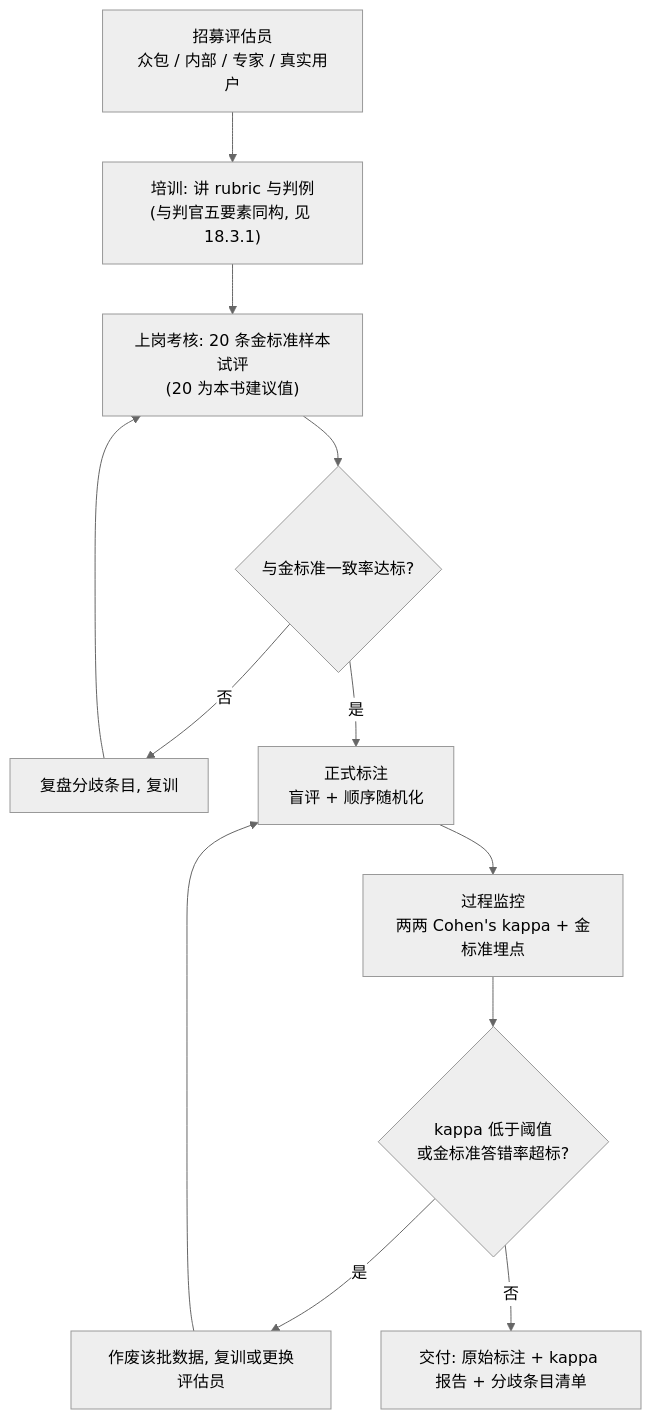
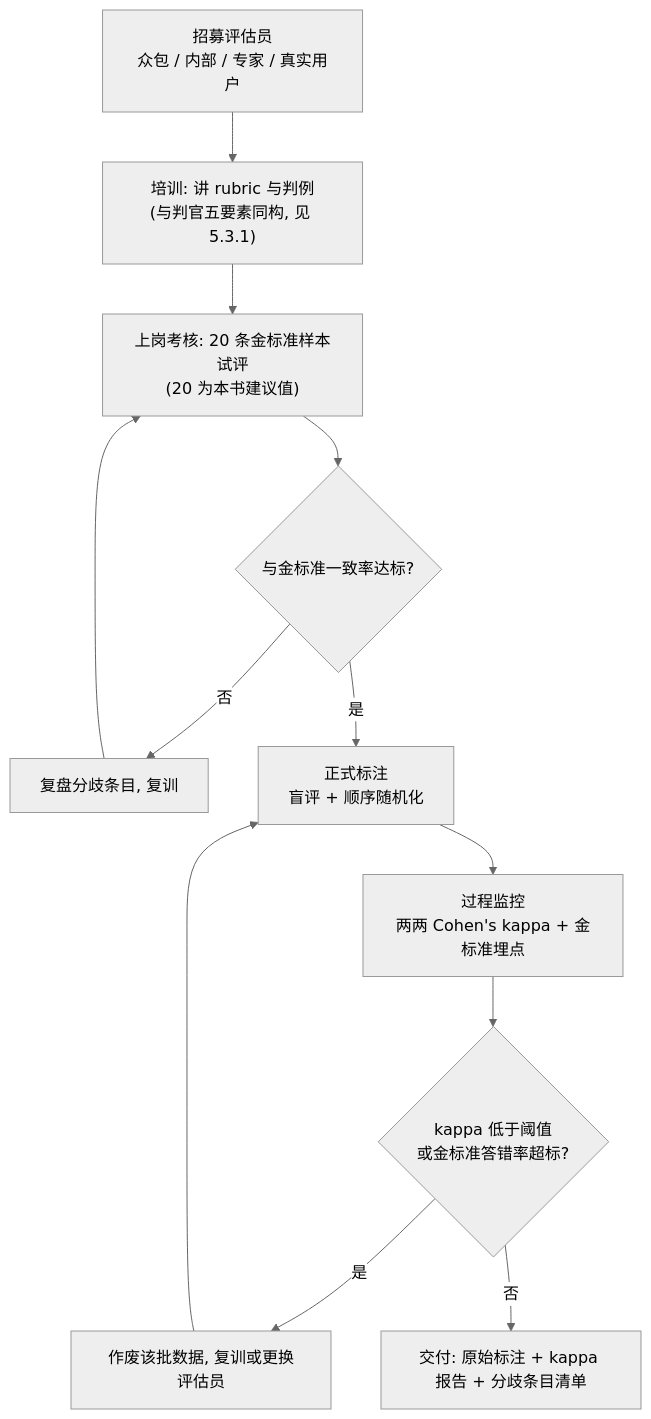
One commit to zenHeart/evals changed the second of 2 diagrams in book/chapters/chapter-06-human-evaluation.md. Above: the diagram before and after it, drawn with Mermaid (neutral theme). The commit also changed other lines of this file and 137 other files, not shown here.

````diff
--- a/book/chapters/chapter-06-human-evaluation.md
+++ b/book/chapters/chapter-06-human-evaluation.md
@@ -199,14 +199,14 @@
 ```mermaid
 flowchart TD
-    R["招募评估员<br/>众包 / 内部 / 专家 / 真实用户"] --> T["培训: 讲 rubric 与判例<br/>(与判官五要素同构, 见 18.3.1)"]
+    R["招募评估员<br/>众包 / 内部 / 专家 / 真实用户"] --> T["培训: 讲 rubric 与判例<br/>(与判官五要素同构, 见 5.3.1)"]
     T --> Q["上岗考核: 20 条金标准样本试评<br/>(20 为本书建议值)"]
     Q --> G{"与金标准一致率达标?"}
     G -- "否" --> F["复盘分歧条目, 复训"]
     F --> Q
     G -- "是" --> W["正式标注<br/>盲评 + 顺序随机化"]
     W --> M["过程监控<br/>两两 Cohen's kappa + 金标准埋点"]
     M --> D{"kappa 低于阈值<br/>或金标准答错率超标?"}
     D -- "是" --> X["作废该批数据, 复训或更换评估员"]
     X --> W
     D -- "否" --> DEL["交付: 原始标注 + kappa 报告 + 分歧条目清单"]
 ```
````
